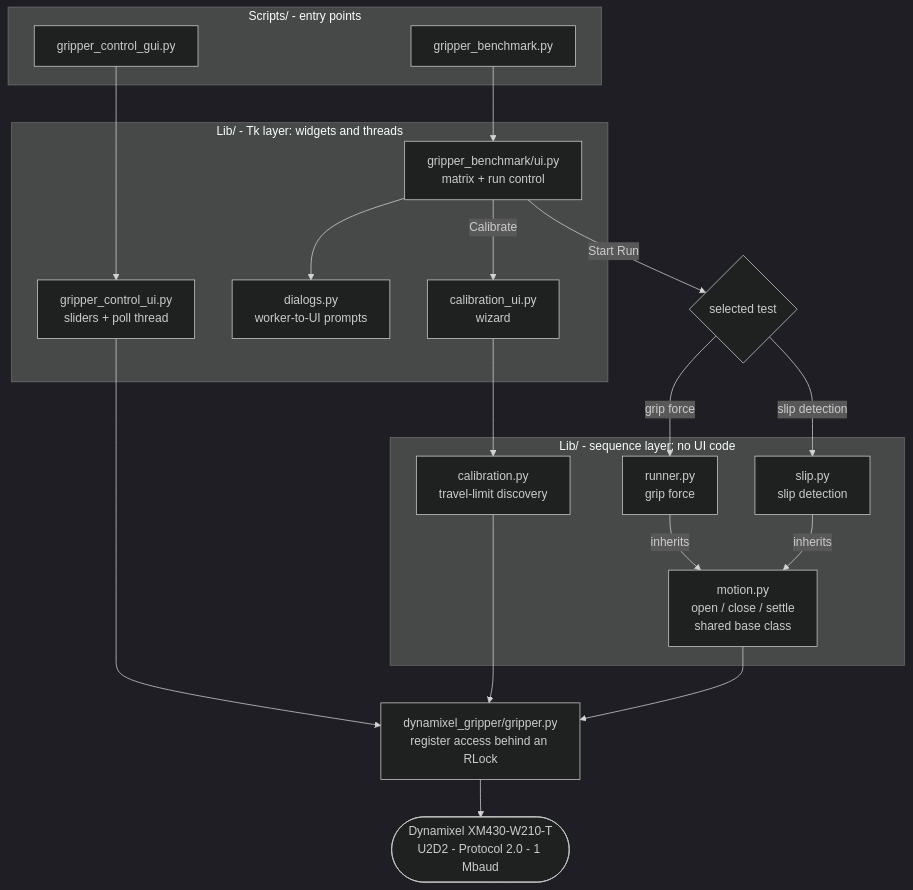
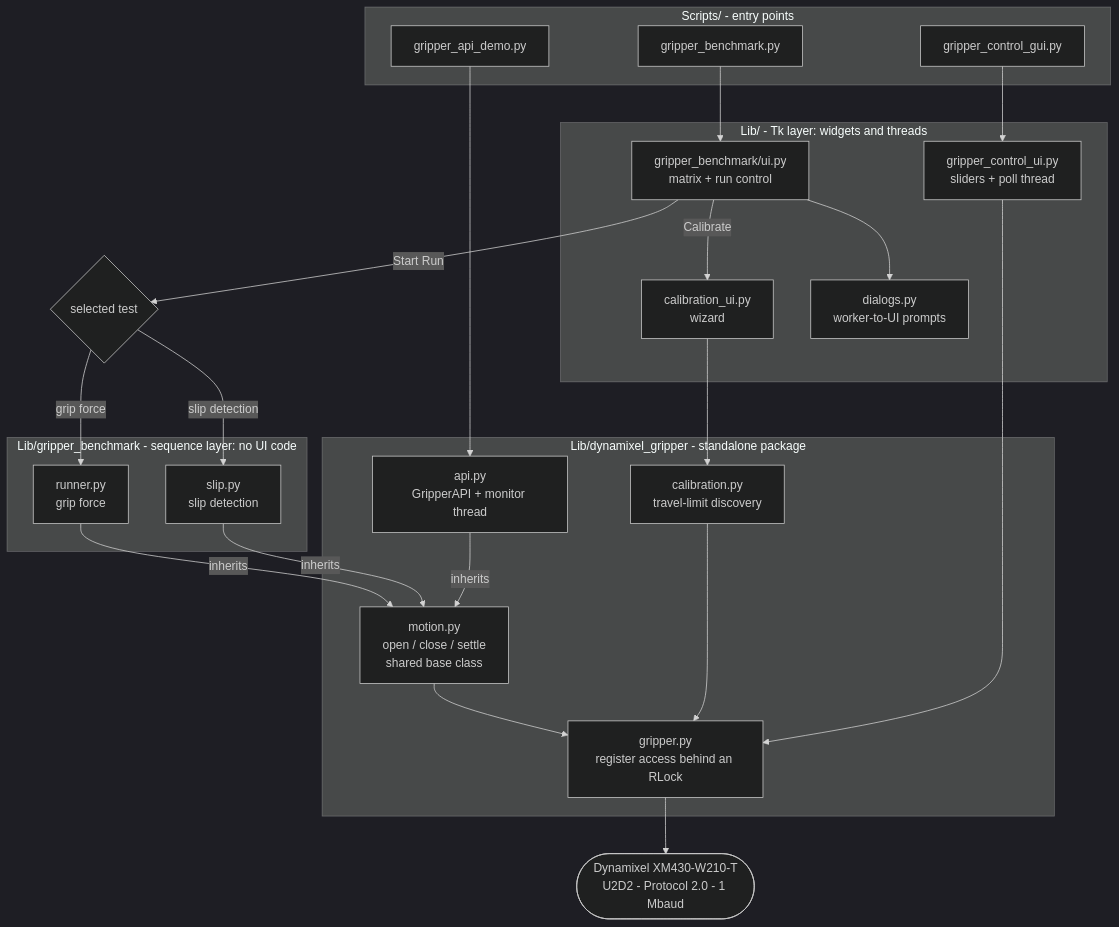
One commit to MrRox1337/GripSense changed the first of 6 diagrams in README.md. Above: the diagram before and after it, drawn with Mermaid (dark theme). The commit also changed other lines of this file, not shown here.

First line of the commit message:
Document the control API

````diff
--- a/README.md
+++ b/README.md
@@ -146,41 +197,48 @@
 ```mermaid
 flowchart TB
     subgraph SCRIPTS["Scripts/ - entry points"]
         CTRL["gripper_control_gui.py"]
         BENCH["gripper_benchmark.py"]
+        DEMO["gripper_api_demo.py"]
     end
 
     subgraph TK["Lib/ - Tk layer: widgets and threads"]
         CONTROLUI["gripper_control_ui.py<br/>sliders + poll thread"]
         BENCHUI["gripper_benchmark/ui.py<br/>matrix + run control"]
         CALUI["calibration_ui.py<br/>wizard"]
         DIALOGS["dialogs.py<br/>worker-to-UI prompts"]
     end
 
     PICK{"selected test"}
 
-    subgraph SEQ["Lib/ - sequence layer: no UI code"]
-        CALIB["calibration.py<br/>travel-limit discovery"]
+    subgraph SEQ["Lib/gripper_benchmark - sequence layer: no UI code"]
         RUNNER["runner.py<br/>grip force"]
         SLIPR["slip.py<br/>slip detection"]
-        MOTION["motion.py<br/>open / close / settle<br/>shared base class"]
     end
 
-    DRIVER["dynamixel_gripper/gripper.py<br/>register access behind an RLock"]
+    subgraph PKG["Lib/dynamixel_gripper - standalone package"]
+        API["api.py<br/>GripperAPI + monitor thread"]
+        CALIB["calibration.py<br/>travel-limit discovery"]
+        MOTION["motion.py<br/>open / close / settle<br/>shared base class"]
+        DRIVER["gripper.py<br/>register access behind an RLock"]
+    end
+
     HW(["Dynamixel XM430-W210-T<br/>U2D2 - Protocol 2.0 - 1 Mbaud"])
 
     CTRL --> CONTROLUI
     BENCH --> BENCHUI
+    DEMO --> API
     BENCHUI --> DIALOGS
     BENCHUI -- "Calibrate" --> CALUI
     BENCHUI -- "Start Run" --> PICK
     PICK -- "grip force" --> RUNNER
     PICK -- "slip detection" --> SLIPR
     CALUI --> CALIB
     RUNNER -- "inherits" --> MOTION
     SLIPR -- "inherits" --> MOTION
+    API -- "inherits" --> MOTION
     MOTION --> DRIVER
     CALIB --> DRIVER
     CONTROLUI --> DRIVER
     DRIVER --> HW
 ```
````
